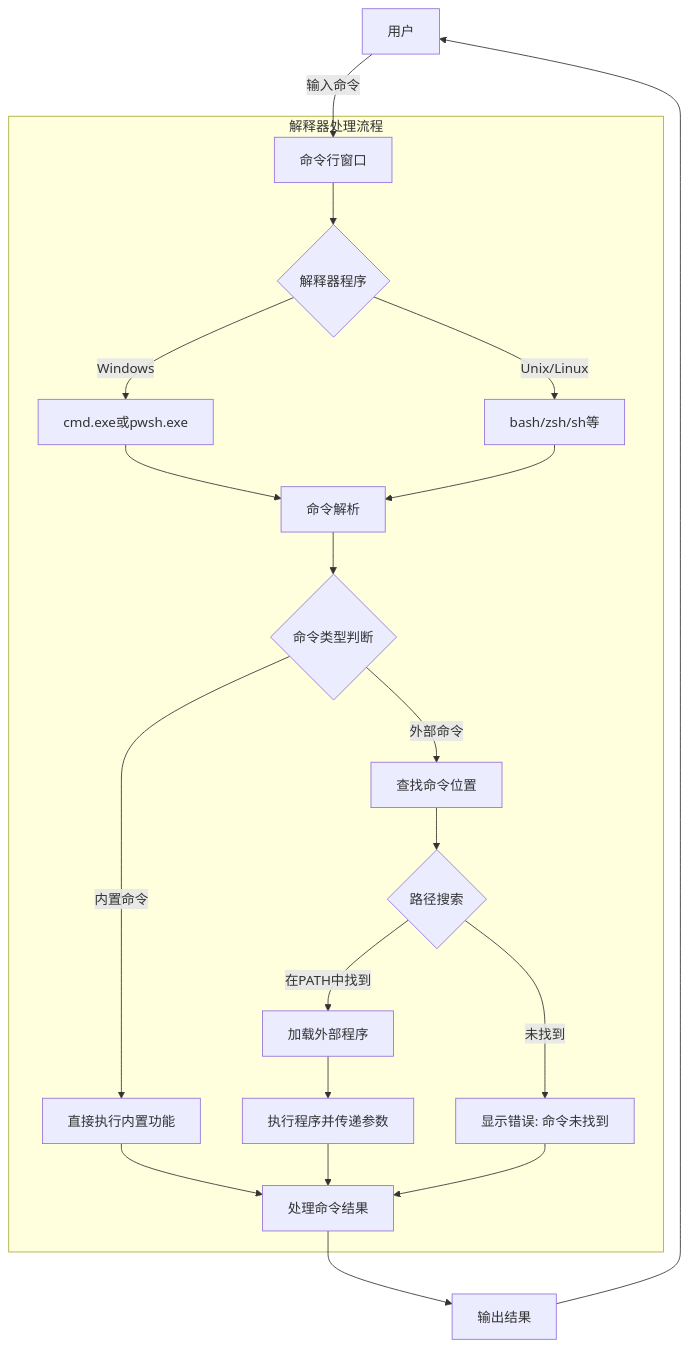
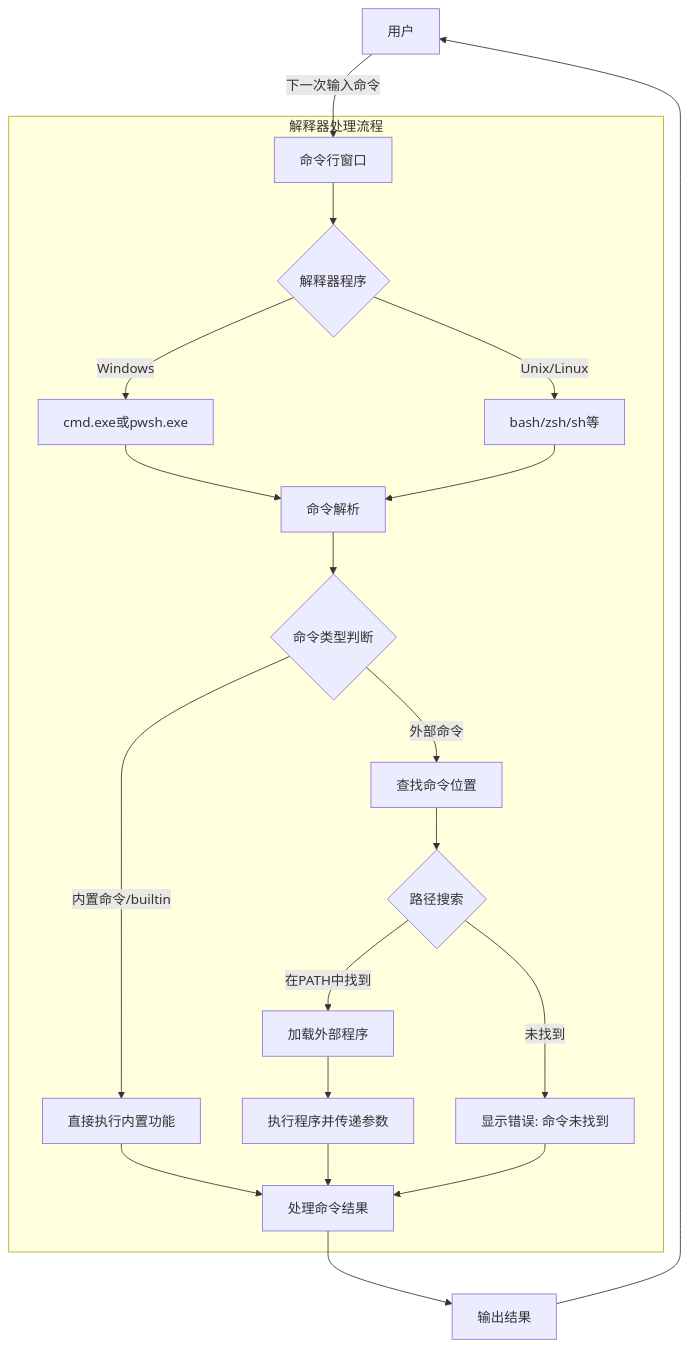
The first of 7 diagrams in docs/cs/basic/c_cpp/0x01.md (Chenpeel/Chenpeel.github.io), drawn with Mermaid before and after one commit. The commit also changed other lines of this file and 4 other files, not shown here.

````diff
--- a/docs/cs/basic/c_cpp/0x01.md
+++ b/docs/cs/basic/c_cpp/0x01.md
@@ -16,30 +16,30 @@
 ```mermaid
 flowchart TD
-    A[用户] -->|输入命令| B[命令行窗口]
+    A[用户] -->|下一次输入命令| B[命令行窗口]
 
     subgraph 解释器处理流程
     B --> C{解释器程序}
     C -->|Windows| D[cmd.exe或pwsh.exe]
     C -->|Unix/Linux| E[bash/zsh/sh等]
 
     D --> F[命令解析]
     E --> F
 
     F --> G{命令类型判断}
-    G -->|内置命令| H[直接执行内置功能]
+    G -->|内置命令/builtin| H[直接执行内置功能]
     G -->|外部命令| I[查找命令位置]
 
     I --> J{路径搜索}
     J -->|在PATH中找到| K[加载外部程序]
     J -->|未找到| L[显示错误: 命令未找到]
 
     K --> M[执行程序并传递参数]
     H --> N[处理命令结果]
     M --> N
     L --> N
     end
 
     N --> O[输出结果]
     O --> A
 
 ```
````
